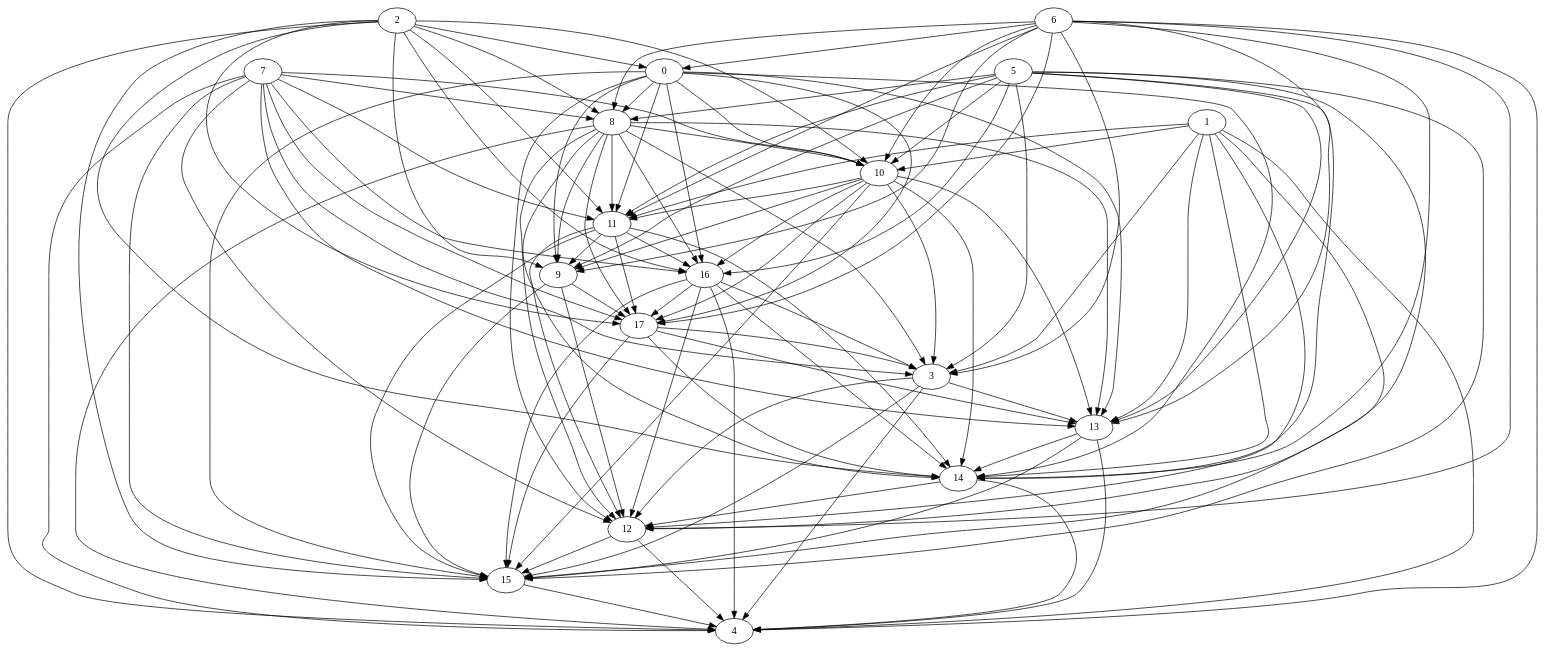
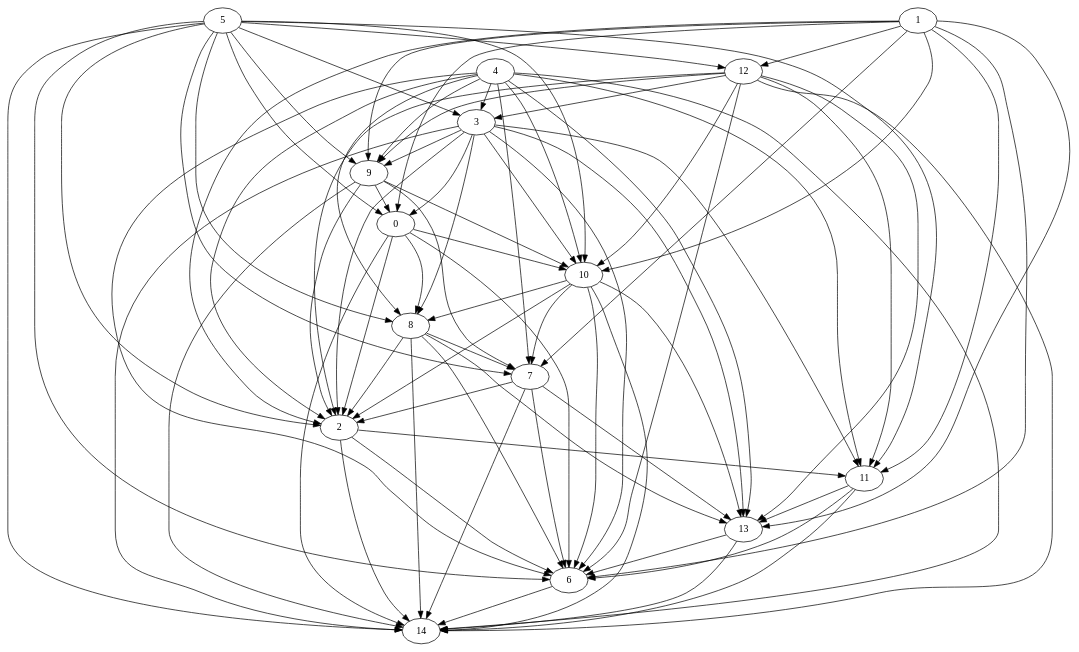
One commit to zsuh022/process-scheduler changed the diagram in src/main/resources/dotfiles/random/Random_Graph.dot. Above: the diagram before and after it, drawn with Graphviz. The commit also changed 4 other files, not shown here.

```diff
--- a/src/main/resources/dotfiles/random/Random_Graph.dot
+++ b/src/main/resources/dotfiles/random/Random_Graph.dot
@@ -1,128 +1,98 @@
 digraph {
-	"11" ["Weight"=745];
-	"12" ["Weight"=533];
-	"13" ["Weight"=524];
-	"14" ["Weight"=879];
-	"15" ["Weight"=341];
-	"16" ["Weight"=630];
-	"17" ["Weight"=431];
-	"0" ["Weight"=633];
-	"1" ["Weight"=167];
-	"2" ["Weight"=886];
-	"3" ["Weight"=772];
-	"4" ["Weight"=312];
-	"5" ["Weight"=115];
-	"6" ["Weight"=861];
-	"7" ["Weight"=150];
-	"8" ["Weight"=764];
-	"9" ["Weight"=433];
-	"10" ["Weight"=107];
-	"8" -> "9" ["Weight"=585];
-	"0" -> "8" ["Weight"=751];
-	"0" -> "9" ["Weight"=222];
-	"1" -> "10" ["Weight"=972];
-	"1" -> "11" ["Weight"=751];
-	"16" -> "12" ["Weight"=560];
-	"1" -> "12" ["Weight"=518];
-	"12" -> "15" ["Weight"=352];
-	"1" -> "13" ["Weight"=731];
-	"1" -> "14" ["Weight"=901];
-	"5" -> "10" ["Weight"=975];
-	"1" -> "15" ["Weight"=833];
-	"5" -> "11" ["Weight"=940];
-	"5" -> "12" ["Weight"=763];
-	"5" -> "13" ["Weight"=528];
-	"5" -> "14" ["Weight"=537];
-	"5" -> "15" ["Weight"=905];
-	"11" -> "9" ["Weight"=588];
-	"5" -> "16" ["Weight"=691];
-	"9" -> "12" ["Weight"=830];
-	"16" -> "17" ["Weight"=435];
-	"9" -> "15" ["Weight"=288];
-	"16" -> "15" ["Weight"=151];
-	"9" -> "17" ["Weight"=283];
-	"16" -> "14" ["Weight"=261];
-	"1" -> "3" ["Weight"=660];
-	"1" -> "4" ["Weight"=632];
-	"12" -> "4" ["Weight"=150];
-	"2" -> "0" ["Weight"=592];
-	"2" -> "4" ["Weight"=465];
-	"2" -> "8" ["Weight"=818];
-	"2" -> "9" ["Weight"=828];
-	"0" -> "10" ["Weight"=171];
-	"0" -> "11" ["Weight"=570];
-	"0" -> "12" ["Weight"=649];
-	"11" -> "17" ["Weight"=711];
-	"0" -> "13" ["Weight"=205];
-	"11" -> "16" ["Weight"=727];
-	"13" -> "4" ["Weight"=869];
-	"0" -> "14" ["Weight"=114];
-	"11" -> "15" ["Weight"=891];
-	"0" -> "15" ["Weight"=852];
-	"11" -> "14" ["Weight"=859];
-	"0" -> "16" ["Weight"=251];
-	"0" -> "17" ["Weight"=431];
-	"11" -> "12" ["Weight"=998];
-	"8" -> "10" ["Weight"=430];
-	"8" -> "11" ["Weight"=292];
-	"8" -> "12" ["Weight"=728];
-	"8" -> "13" ["Weight"=506];
-	"8" -> "14" ["Weight"=826];
-	"8" -> "16" ["Weight"=594];
-	"8" -> "17" ["Weight"=480];
-	"3" -> "4" ["Weight"=295];
-	"10" -> "11" ["Weight"=393];
-	"14" -> "4" ["Weight"=815];
-	"15" -> "4" ["Weight"=573];
-	"10" -> "17" ["Weight"=845];
-	"10" -> "16" ["Weight"=601];
-	"14" -> "12" ["Weight"=134];
-	"3" -> "12" ["Weight"=362];
-	"10" -> "15" ["Weight"=516];
-	"3" -> "13" ["Weight"=213];
-	"10" -> "14" ["Weight"=869];
-	"7" -> "10" ["Weight"=763];
-	"10" -> "13" ["Weight"=441];
-	"3" -> "15" ["Weight"=810];
-	"7" -> "11" ["Weight"=842];
-	"7" -> "12" ["Weight"=219];
-	"7" -> "13" ["Weight"=689];
-	"7" -> "15" ["Weight"=467];
-	"7" -> "16" ["Weight"=871];
-	"7" -> "17" ["Weight"=643];
-	"5" -> "3" ["Weight"=217];
-	"5" -> "8" ["Weight"=257];
-	"5" -> "9" ["Weight"=932];
-	"16" -> "3" ["Weight"=949];
-	"16" -> "4" ["Weight"=692];
-	"6" -> "0" ["Weight"=387];
-	"6" -> "3" ["Weight"=250];
-	"6" -> "4" ["Weight"=581];
-	"6" -> "8" ["Weight"=577];
-	"6" -> "9" ["Weight"=877];
-	"17" -> "3" ["Weight"=930];
-	"2" -> "10" ["Weight"=512];
-	"13" -> "15" ["Weight"=354];
-	"2" -> "11" ["Weight"=737];
-	"13" -> "14" ["Weight"=201];
-	"2" -> "14" ["Weight"=723];
-	"6" -> "10" ["Weight"=563];
-	"2" -> "15" ["Weight"=477];
-	"6" -> "11" ["Weight"=561];
-	"2" -> "16" ["Weight"=404];
-	"6" -> "12" ["Weight"=258];
-	"2" -> "17" ["Weight"=407];
-	"6" -> "13" ["Weight"=118];
-	"6" -> "14" ["Weight"=880];
-	"6" -> "17" ["Weight"=304];
-	"7" -> "3" ["Weight"=480];
-	"7" -> "4" ["Weight"=947];
-	"17" -> "15" ["Weight"=738];
-	"17" -> "14" ["Weight"=933];
-	"17" -> "13" ["Weight"=313];
-	"7" -> "8" ["Weight"=476];
-	"10" -> "3" ["Weight"=284];
-	"10" -> "9" ["Weight"=820];
-	"8" -> "3" ["Weight"=389];
-	"8" -> "4" ["Weight"=377];
+	"11" ["Weight"=325];
+	"12" ["Weight"=435];
+	"13" ["Weight"=398];
+	"14" ["Weight"=317];
+	"0" ["Weight"=122];
+	"1" ["Weight"=146];
+	"2" ["Weight"=855];
+	"3" ["Weight"=629];
+	"4" ["Weight"=569];
+	"5" ["Weight"=894];
+	"6" ["Weight"=931];
+	"7" ["Weight"=131];
+	"8" ["Weight"=947];
+	"9" ["Weight"=108];
+	"10" ["Weight"=230];
+	"0" -> "2" ["Weight"=661];
+	"4" -> "6" ["Weight"=112];
+	"4" -> "7" ["Weight"=865];
+	"4" -> "8" ["Weight"=970];
+	"4" -> "9" ["Weight"=212];
+	"0" -> "6" ["Weight"=630];
+	"0" -> "8" ["Weight"=827];
+	"1" -> "10" ["Weight"=293];
+	"1" -> "11" ["Weight"=901];
+	"1" -> "12" ["Weight"=780];
+	"3" -> "10" ["Weight"=559];
+	"1" -> "13" ["Weight"=802];
+	"3" -> "11" ["Weight"=605];
+	"12" -> "14" ["Weight"=422];
+	"5" -> "10" ["Weight"=780];
+	"12" -> "13" ["Weight"=304];
+	"3" -> "13" ["Weight"=624];
+	"5" -> "11" ["Weight"=446];
+	"10" -> "14" ["Weight"=723];
+	"3" -> "14" ["Weight"=654];
+	"5" -> "12" ["Weight"=401];
+	"10" -> "13" ["Weight"=506];
+	"11" -> "6" ["Weight"=200];
+	"12" -> "11" ["Weight"=365];
+	"9" -> "0" ["Weight"=875];
+	"12" -> "10" ["Weight"=589];
+	"5" -> "14" ["Weight"=688];
+	"9" -> "10" ["Weight"=755];
+	"7" -> "13" ["Weight"=691];
+	"9" -> "2" ["Weight"=591];
+	"7" -> "14" ["Weight"=433];
+	"5" -> "0" ["Weight"=867];
+	"9" -> "14" ["Weight"=454];
+	"5" -> "2" ["Weight"=192];
+	"5" -> "3" ["Weight"=796];
+	"9" -> "7" ["Weight"=342];
+	"1" -> "0" ["Weight"=621];
+	"1" -> "2" ["Weight"=883];
+	"5" -> "6" ["Weight"=799];
+	"5" -> "7" ["Weight"=173];
+	"5" -> "8" ["Weight"=888];
+	"5" -> "9" ["Weight"=109];
+	"1" -> "6" ["Weight"=712];
+	"1" -> "7" ["Weight"=748];
+	"1" -> "9" ["Weight"=854];
+	"12" -> "2" ["Weight"=621];
+	"12" -> "3" ["Weight"=335];
+	"12" -> "6" ["Weight"=538];
+	"12" -> "9" ["Weight"=798];
+	"2" -> "6" ["Weight"=730];
+	"0" -> "10" ["Weight"=302];
+	"2" -> "11" ["Weight"=486];
+	"13" -> "14" ["Weight"=820];
+	"0" -> "14" ["Weight"=532];
+	"4" -> "10" ["Weight"=118];
+	"4" -> "11" ["Weight"=246];
+	"11" -> "14" ["Weight"=890];
+	"13" -> "6" ["Weight"=403];
+	"2" -> "14" ["Weight"=127];
+	"11" -> "13" ["Weight"=884];
+	"4" -> "13" ["Weight"=931];
+	"4" -> "14" ["Weight"=128];
+	"6" -> "14" ["Weight"=179];
+	"8" -> "13" ["Weight"=654];
+	"7" -> "2" ["Weight"=986];
+	"8" -> "14" ["Weight"=302];
+	"3" -> "0" ["Weight"=987];
+	"3" -> "2" ["Weight"=125];
+	"7" -> "6" ["Weight"=816];
+	"3" -> "6" ["Weight"=808];
+	"3" -> "8" ["Weight"=398];
+	"3" -> "9" ["Weight"=766];
+	"10" -> "2" ["Weight"=582];
+	"10" -> "6" ["Weight"=166];
+	"10" -> "7" ["Weight"=265];
+	"10" -> "8" ["Weight"=579];
+	"8" -> "2" ["Weight"=888];
+	"4" -> "2" ["Weight"=861];
+	"8" -> "6" ["Weight"=459];
+	"4" -> "3" ["Weight"=284];
+	"8" -> "7" ["Weight"=711];
 }
```
